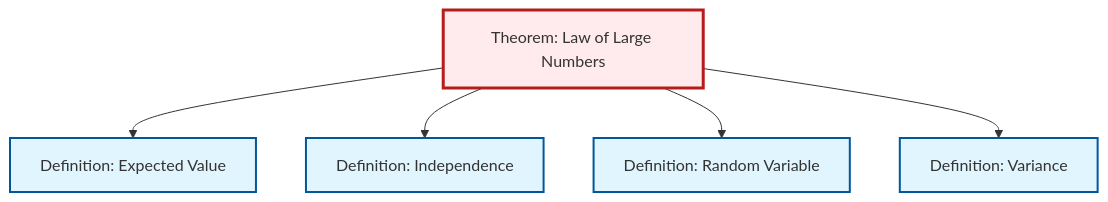
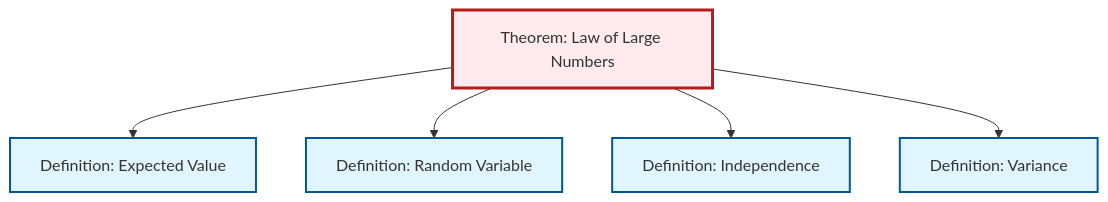
The second of 2 diagrams in content/ja/probability-statistics/thm-law-of-large-numbers.qmd (RK0429/ModernMath), drawn with Mermaid before and after one commit. The commit also changed other lines of this file and 554 other files, not shown here.

````diff
--- a/content/ja/probability-statistics/thm-law-of-large-numbers.qmd
+++ b/content/ja/probability-statistics/thm-law-of-large-numbers.qmd
@@ -89,23 +89,23 @@
 ```{mermaid}
 %%| fig-cap: "Local dependency graph"
 graph TD
     classDef definition fill:#e1f5fe,stroke:#01579b,stroke-width:2px
     classDef theorem fill:#f3e5f5,stroke:#4a148c,stroke-width:2px
     classDef axiom fill:#fff3e0,stroke:#e65100,stroke-width:2px
     classDef example fill:#e8f5e9,stroke:#1b5e20,stroke-width:2px
     classDef current fill:#ffebee,stroke:#b71c1c,stroke-width:3px
+    def-variance["Definition: Variance"]:::definition
     def-random-variable["Definition: Random Variable"]:::definition
-    def-expectation["Definition: Expected Value"]:::definition
     thm-law-of-large-numbers["Theorem: Law of Large Numbers"]:::theorem
     def-independence["Definition: Independence"]:::definition
-    def-variance["Definition: Variance"]:::definition
+    def-expectation["Definition: Expected Value"]:::definition
     thm-law-of-large-numbers --> def-expectation
+    thm-law-of-large-numbers --> def-random-variable
     thm-law-of-large-numbers --> def-independence
-    thm-law-of-large-numbers --> def-random-variable
     thm-law-of-large-numbers --> def-variance
     class thm-law-of-large-numbers current
+    click def-variance "def-variance.html" "Definition: Varianceへ"
     click def-random-variable "def-random-variable.html" "Definition: Random Variableへ"
+    click def-independence "def-independence.html" "Definition: Independenceへ"
     click def-expectation "def-expectation.html" "Definition: Expected Valueへ"
-    click def-independence "def-independence.html" "Definition: Independenceへ"
-    click def-variance "def-variance.html" "Definition: Varianceへ"
 ```
````
